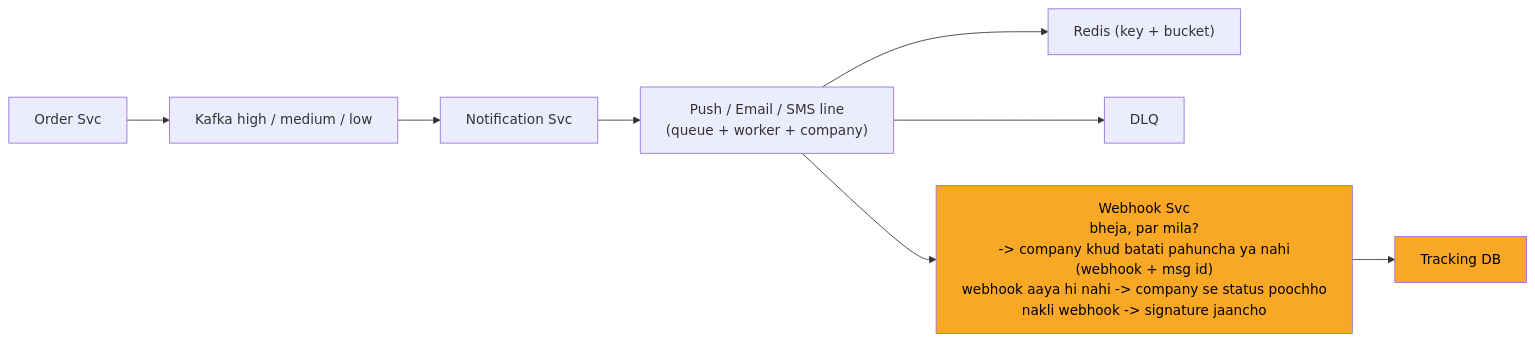
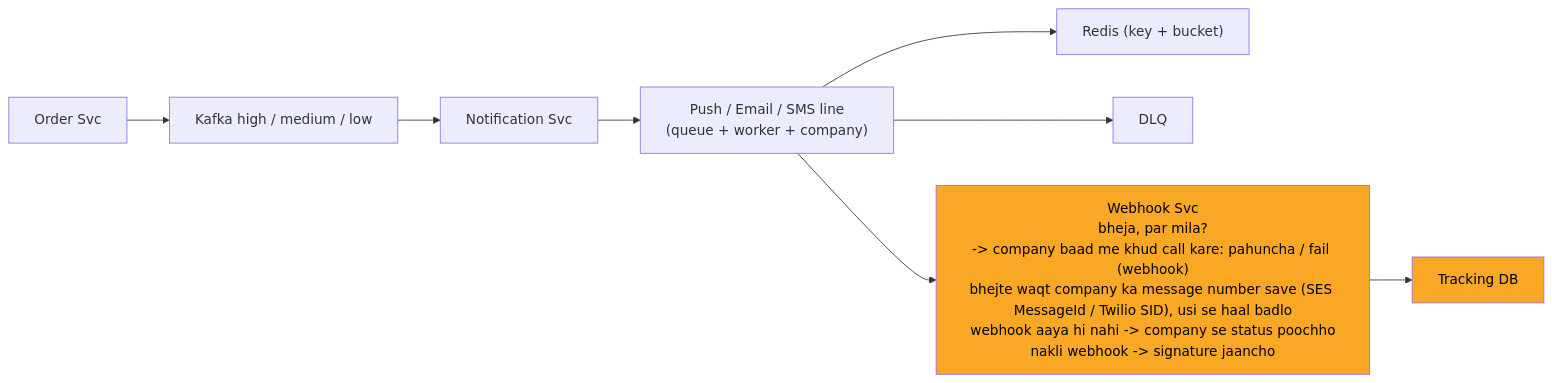
The tenth of 13 diagrams in 04_HLD/SYSTEM_DESIGNS/04_notification_system/04_notification_system.md (ArpanMaheshwari144/Prep), drawn with Mermaid before and after one commit. The commit also changed other lines of this file and 13 other files, not shown here.

````diff
--- a/04_HLD/SYSTEM_DESIGNS/04_notification_system/04_notification_system.md
+++ b/04_HLD/SYSTEM_DESIGNS/04_notification_system/04_notification_system.md
@@ -405,21 +408,21 @@
 ```mermaid
 %%{init: {"flowchart": {"wrappingWidth": 450}}}%%
 flowchart LR
     n_Order_Svc["Order Svc"]
     n_Kafka["Kafka high / medium / low"]
     n_Notification_Svc["Notification Svc"]
     n_LINES["Push / Email / SMS line<br/>(queue + worker + company)"]
     n_Redis["Redis (key + bucket)"]
     n_DLQ["DLQ"]
-    n_Webhook_Svc["Webhook Svc<br/>bheja, par mila?<br/>-> company khud batati pahuncha ya nahi<br/>(webhook + msg id)<br/>webhook aaya hi nahi -> company se status poochho<br/>nakli webhook -> signature jaancho"]
+    n_Webhook_Svc["Webhook Svc<br/>bheja, par mila?<br/>-> company baad me khud call kare: pahuncha / fail (webhook)<br/>bhejte waqt company ka message number save (SES MessageId / Twilio SID), usi se haal badlo<br/>webhook aaya hi nahi -> company se status poochho<br/>nakli webhook -> signature jaancho"]
     n_Tracking_DB["Tracking DB"]
     n_Order_Svc --> n_Kafka
     n_Kafka --> n_Notification_Svc
     n_Notification_Svc --> n_LINES
     n_LINES --> n_Redis
     n_LINES --> n_DLQ
     n_LINES --> n_Webhook_Svc
     n_Webhook_Svc --> n_Tracking_DB
     style n_Webhook_Svc fill:#f9a825,color:#000
     style n_Tracking_DB fill:#f9a825,color:#000
 ```
````
